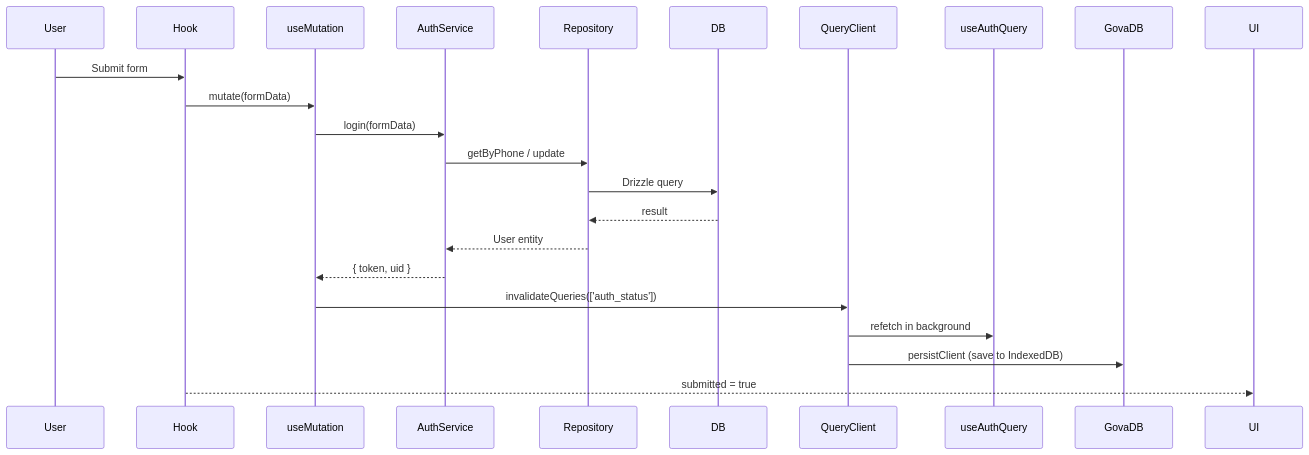
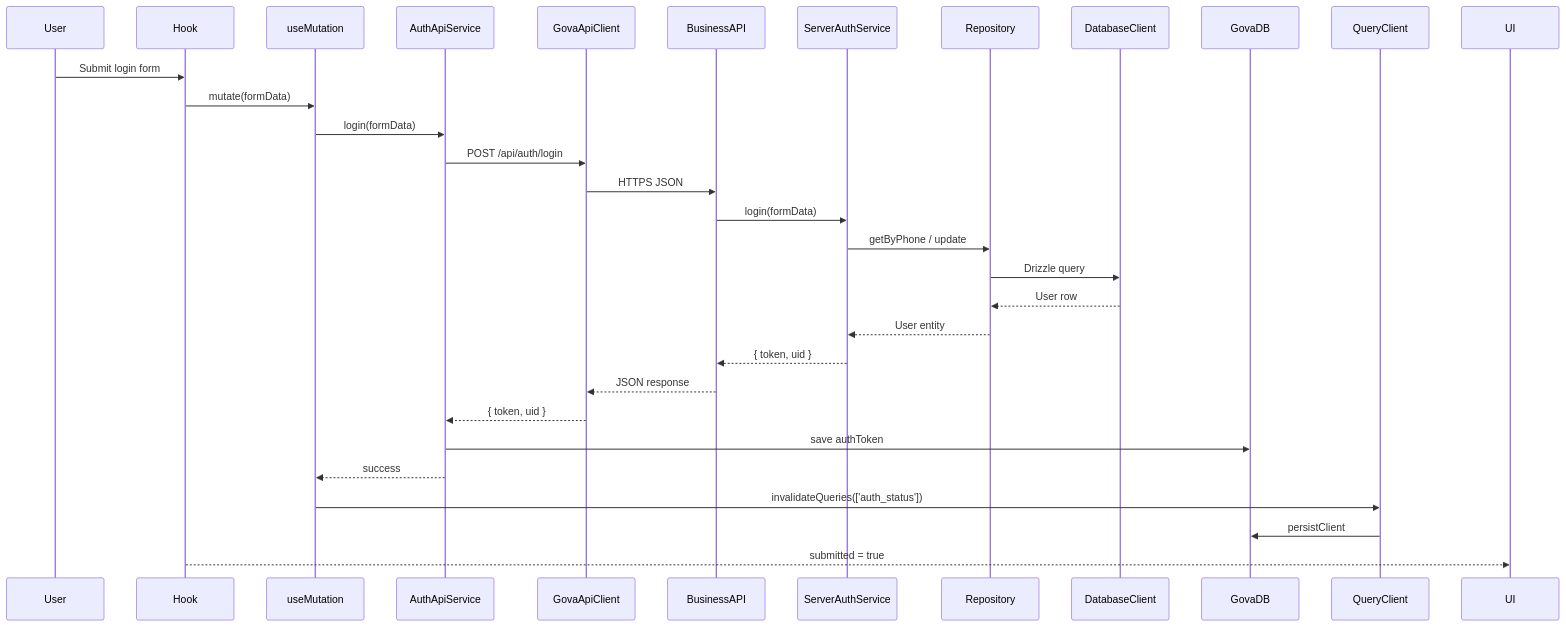
Before and after one commit to printcode1000-lgtm/gova: the second of 2 diagrams in doc/data-architecture-guide.md, drawn with Mermaid. The commit also changed other lines of this file and 239 other files, not shown here.

Commit message:
feat: implement Turso database integration with provisioning services and authentication API routes

````diff
--- a/doc/data-architecture-guide.md
+++ b/doc/data-architecture-guide.md
@@ -218,15 +469,21 @@
 ```mermaid
 sequenceDiagram
-    User->>Hook: Submit form
+    User->>Hook: Submit login form
     Hook->>useMutation: mutate(formData)
-    useMutation->>AuthService: login(formData)
-    AuthService->>Repository: getByPhone / update
-    Repository->>DB: Drizzle query
-    DB-->>Repository: result
-    Repository-->>AuthService: User entity
-    AuthService-->>useMutation: { token, uid }
+    useMutation->>AuthApiService: login(formData)
+    AuthApiService->>GovaApiClient: POST /api/auth/login
+    GovaApiClient->>BusinessAPI: HTTPS JSON
+    BusinessAPI->>ServerAuthService: login(formData)
+    ServerAuthService->>Repository: getByPhone / update
+    Repository->>DatabaseClient: Drizzle query
+    DatabaseClient-->>Repository: User row
+    Repository-->>ServerAuthService: User entity
+    ServerAuthService-->>BusinessAPI: { token, uid }
+    BusinessAPI-->>GovaApiClient: JSON response
+    GovaApiClient-->>AuthApiService: { token, uid }
+    AuthApiService->>GovaDB: save authToken
+    AuthApiService-->>useMutation: success
     useMutation->>QueryClient: invalidateQueries(['auth_status'])
-    QueryClient->>useAuthQuery: refetch in background
-    QueryClient->>GovaDB: persistClient (save to IndexedDB)
+    QueryClient->>GovaDB: persistClient
     Hook-->>UI: submitted = true
 ```
````
